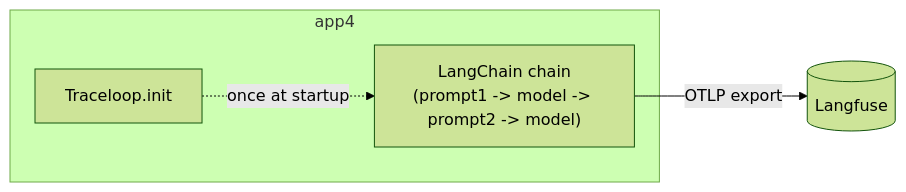
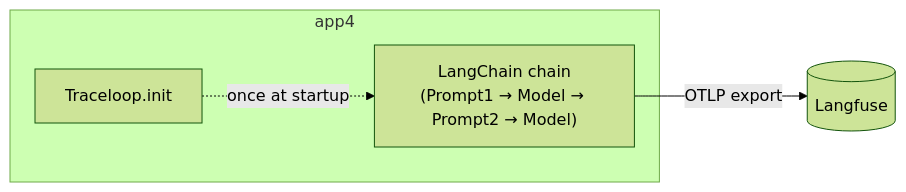
Before and after one commit to optimisuke/zenn-content: the fifth of 5 diagrams in articles/22c1e6006c1aa4.md, drawn with Mermaid (forest theme). The commit also changed other lines of this file, not shown here.

Commit message:
文字化け

````diff
--- a/articles/22c1e6006c1aa4.md
+++ b/articles/22c1e6006c1aa4.md
@@ -88,8 +88,8 @@
 ```mermaid
 flowchart LR
   subgraph app4
     TL4["Traceloop.init"]
-    C4["LangChain chain<br/>(prompt1 -> model -> prompt2 -> model)"]
+    C4["LangChain chain<br/>(Prompt1 → Model → Prompt2 → Model)"]
   end
   TL4 -.once at startup.-> C4 -->|OTLP export| LF[(Langfuse)]
 ```
````
